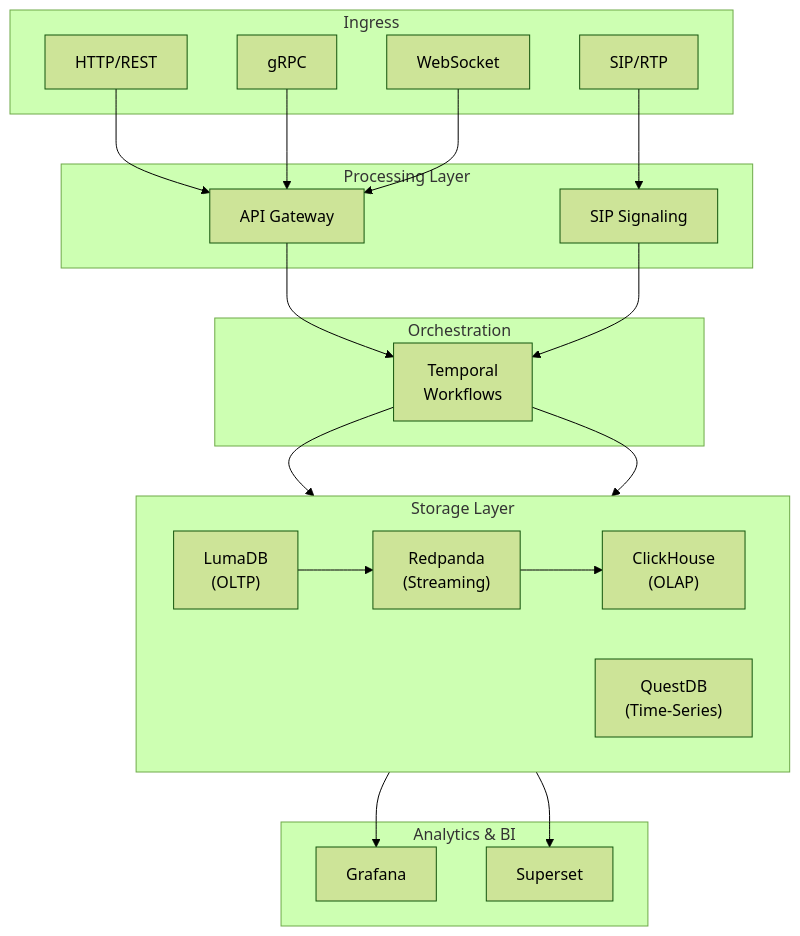
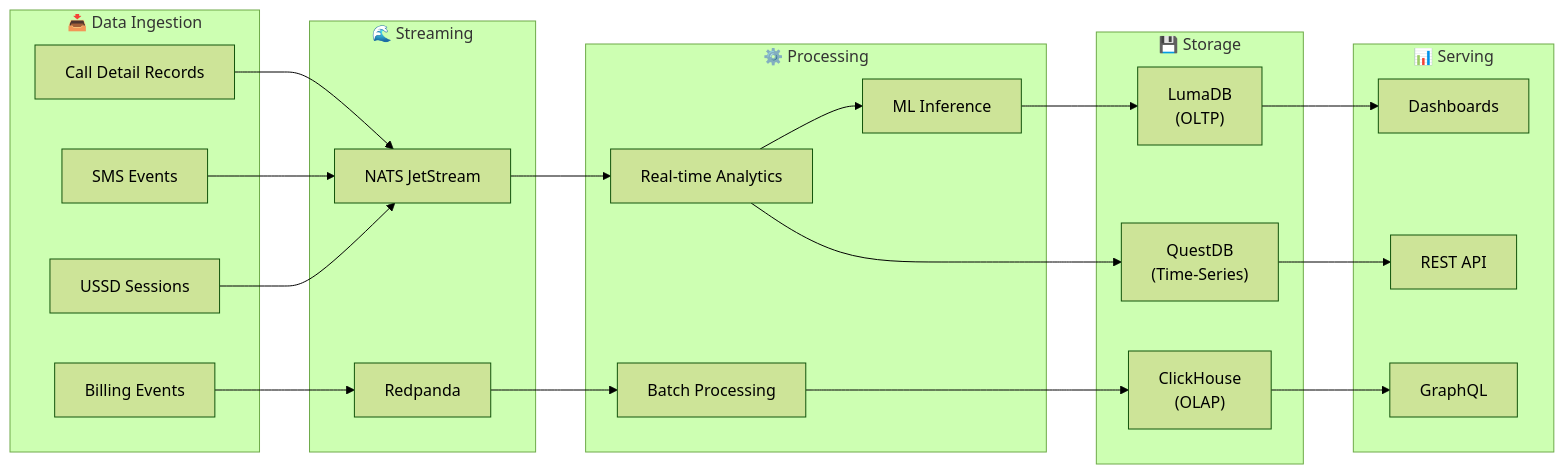
One commit to billyronks/Project-Catalyst-Merged changed the sixth of 7 diagrams in unified-brivas-platform/docs/ARCHITECTURE.md. Above: the diagram before and after it, drawn with Mermaid (forest theme). The commit also changed other lines of this file and 13 other files, not shown here.

First line of the commit message:
refactor: Consolidate voice infrastructure and update architecture docs

````diff
--- a/unified-brivas-platform/docs/ARCHITECTURE.md
+++ b/unified-brivas-platform/docs/ARCHITECTURE.md
@@ -235,47 +353,49 @@
 ```mermaid
-flowchart TB
-    subgraph Ingress["Ingress"]
-        HTTP["HTTP/REST"]
-        GRPC["gRPC"]
-        WS["WebSocket"]
-        SIP["SIP/RTP"]
+flowchart LR
+    subgraph Ingest["📥 Data Ingestion"]
+        CDR[Call Detail Records]
+        SMS_Events[SMS Events]
+        USSD_Events[USSD Sessions]
+        Billing_Events[Billing Events]
     end
 
-    subgraph Processing["Processing Layer"]
-        GW["API Gateway"]
-        SIG["SIP Signaling"]
+    subgraph Stream["🌊 Streaming"]
+        NATS3["NATS JetStream"]
+        Redpanda3["Redpanda"]
     end
 
-    subgraph Orchestration["Orchestration"]
-        TEMP["Temporal<br/>Workflows"]
+    subgraph Process["⚙️ Processing"]
+        RealTime["Real-time Analytics"]
+        Batch["Batch Processing"]
+        ML["ML Inference"]
     end
 
-    subgraph Storage["Storage Layer"]
-        direction LR
-        OLTP["LumaDB<br/>(OLTP)"]
-        TS["QuestDB<br/>(Time-Series)"]
-        OLAP["ClickHouse<br/>(OLAP)"]
-        STREAM["Redpanda<br/>(Streaming)"]
+    subgraph Store["💾 Storage"]
+        LumaDB3["LumaDB<br/>(OLTP)"]
+        QuestDB3["QuestDB<br/>(Time-Series)"]
+        ClickHouse3["ClickHouse<br/>(OLAP)"]
     end
 
-    subgraph Analytics["Analytics & BI"]
-        GRAF["Grafana"]
-        SUPER["Superset"]
+    subgraph Serve["📊 Serving"]
+        API2["REST API"]
+        GraphQL["GraphQL"]
+        Dashboard["Dashboards"]
     end
 
-    HTTP --> GW
-    GRPC --> GW
-    WS --> GW
-    SIP --> SIG
+    CDR --> NATS3
+    SMS_Events --> NATS3
+    USSD_Events --> NATS3
+    Billing_Events --> Redpanda3
 
-    GW --> TEMP
-    SIG --> TEMP
-    
-    TEMP --> OLTP
-    TEMP --> TS
-    OLTP --> STREAM
-    STREAM --> OLAP
-    
-    TS --> GRAF
-    OLAP --> SUPER
+    NATS3 --> RealTime
+    Redpanda3 --> Batch
+    RealTime --> ML
+
+    RealTime --> QuestDB3
+    Batch --> ClickHouse3
+    ML --> LumaDB3
+
+    QuestDB3 --> API2
+    ClickHouse3 --> GraphQL
+    LumaDB3 --> Dashboard
 ```
````
